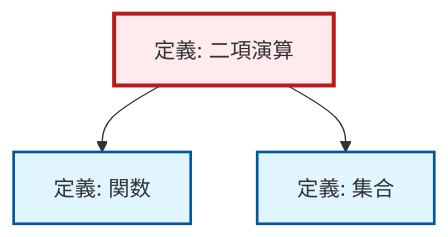
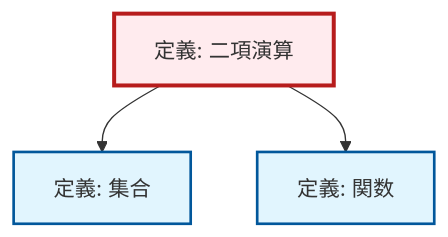
Before and after one commit to RK0429/ModernMath: the diagram in output/mermaid/ja/def-binary-operation.mermaid, drawn with Mermaid. The commit also changed other lines of this file and 3096 other files, not shown here.

```diff
--- a/output/mermaid/ja/def-binary-operation.mermaid
+++ b/output/mermaid/ja/def-binary-operation.mermaid
@@ -1,13 +1,13 @@
 %%| fig-cap: "Local dependency graph"
 graph TD
     classDef definition fill:#e1f5fe,stroke:#01579b,stroke-width:2px
     classDef theorem fill:#f3e5f5,stroke:#4a148c,stroke-width:2px
     classDef axiom fill:#fff3e0,stroke:#e65100,stroke-width:2px
     classDef example fill:#e8f5e9,stroke:#1b5e20,stroke-width:2px
     classDef current fill:#ffebee,stroke:#b71c1c,stroke-width:3px
+    def-set["定義: 集合"]:::definition
     def-binary-operation["定義: 二項演算"]:::definition
-    def-set["定義: 集合"]:::definition
     def-function["定義: 関数"]:::definition
+    def-binary-operation --> def-set
     def-binary-operation --> def-function
-    def-binary-operation --> def-set
     class def-binary-operation current
```
